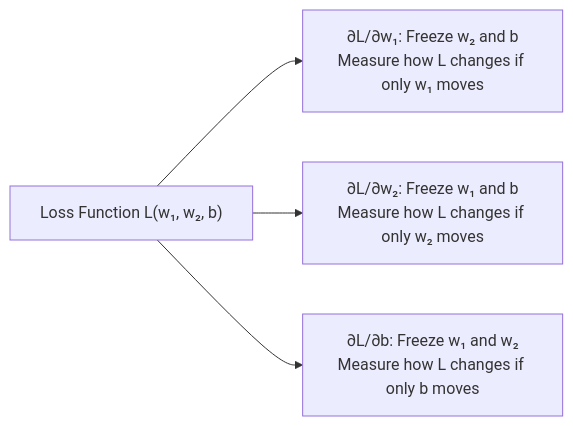
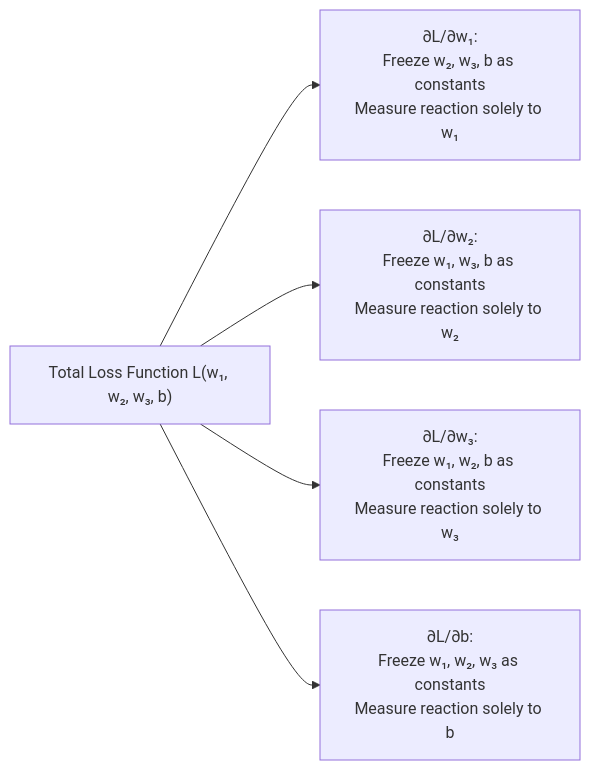
One commit to jashu-16/cv_engineering changed the fourth of 10 diagrams in docs/00-math-foundations/level-02-calculus-optimization.md. Above: the diagram before and after it, drawn with Mermaid. The commit also changed other lines of this file and 5 other files, not shown here.

````diff
--- a/docs/00-math-foundations/level-02-calculus-optimization.md
+++ b/docs/00-math-foundations/level-02-calculus-optimization.md
@@ -87,8 +236,9 @@
 ```mermaid
 flowchart LR
-    Function["Loss Function L(w₁, w₂, b)"]
+    Function["Total Loss Function L(w₁, w₂, w₃, b)"]
     
-    Function --> P1["∂L/∂w₁: Freeze w₂ and b\nMeasure how L changes if only w₁ moves"]
-    Function --> P2["∂L/∂w₂: Freeze w₁ and b\nMeasure how L changes if only w₂ moves"]
-    Function --> P3["∂L/∂b: Freeze w₁ and w₂\nMeasure how L changes if only b moves"]
+    Function --> P1["∂L/∂w₁:\nFreeze w₂, w₃, b as constants\nMeasure reaction solely to w₁"]
+    Function --> P2["∂L/∂w₂:\nFreeze w₁, w₃, b as constants\nMeasure reaction solely to w₂"]
+    Function --> P3["∂L/∂w₃:\nFreeze w₁, w₂, b as constants\nMeasure reaction solely to w₃"]
+    Function --> P4["∂L/∂b:\nFreeze w₁, w₂, w₃ as constants\nMeasure reaction solely to b"]
 ```
````
